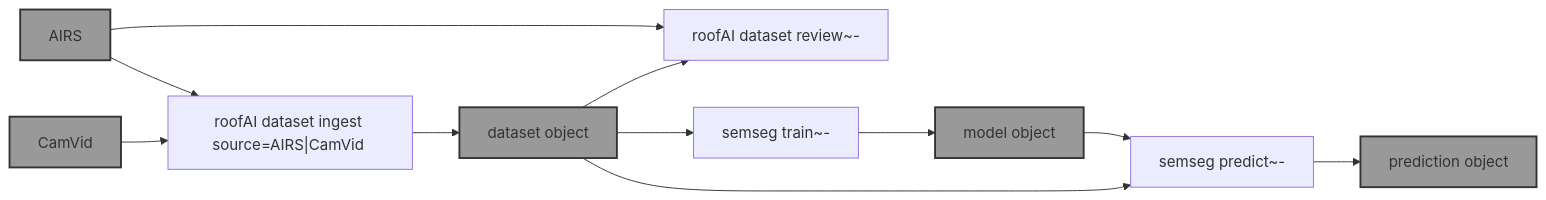
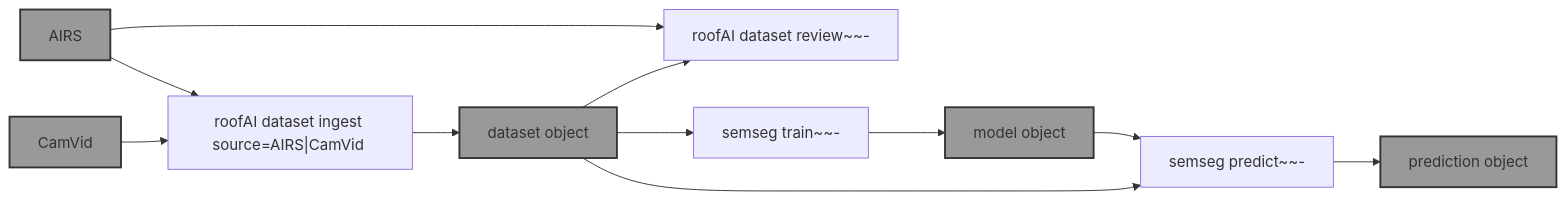
One commit to kamangir/roofAI changed the diagram in template.md. Above: the diagram before and after it, drawn with Mermaid. The commit also changed 2 other files, not shown here.

Commit message:
doc++ - kamangir/bolt#746

````diff
--- a/template.md
+++ b/template.md
@@ -9,32 +9,32 @@
 ```mermaid
 graph LR
     dataset_ingest["roofAI dataset ingest source=AIRS|CamVid <dataset-object-name>"]
 
-    dataset_review["roofAI dataset review~- <dataset-object-name>"]
+    dataset_review["roofAI dataset review~~- <dataset-object-name>"]
 
-    semseg_train["semseg train~- <dataset-object-name> <model-object-name>"]
+    semseg_train["semseg train~~- <dataset-object-name> <model-object-name>"]
 
-    semseg_predict["semseg predict~- <model-object-name> <dataset-object-name> <prediction-object-name>"]
+    semseg_predict["semseg predict~~- <model-object-name> <dataset-object-name> <prediction-object-name>"]
 
     AIRS["AIRS"]:::folder
     CamVid["CamVid"]:::folder
     dataset_object_name["dataset object"]:::folder
     model_object_name["model object"]:::folder
     prediction_object_name["prediction object"]:::folder
 
     AIRS --> dataset_ingest
     CamVid --> dataset_ingest
     dataset_ingest --> dataset_object_name
 
     AIRS --> dataset_review
     dataset_object_name --> dataset_review
 
     dataset_object_name --> semseg_train
     semseg_train --> model_object_name
 
     model_object_name --> semseg_predict
     dataset_object_name --> semseg_predict
     semseg_predict --> prediction_object_name
 
     classDef folder fill:#999,stroke:#333,stroke-width:2px;
 ```
````
